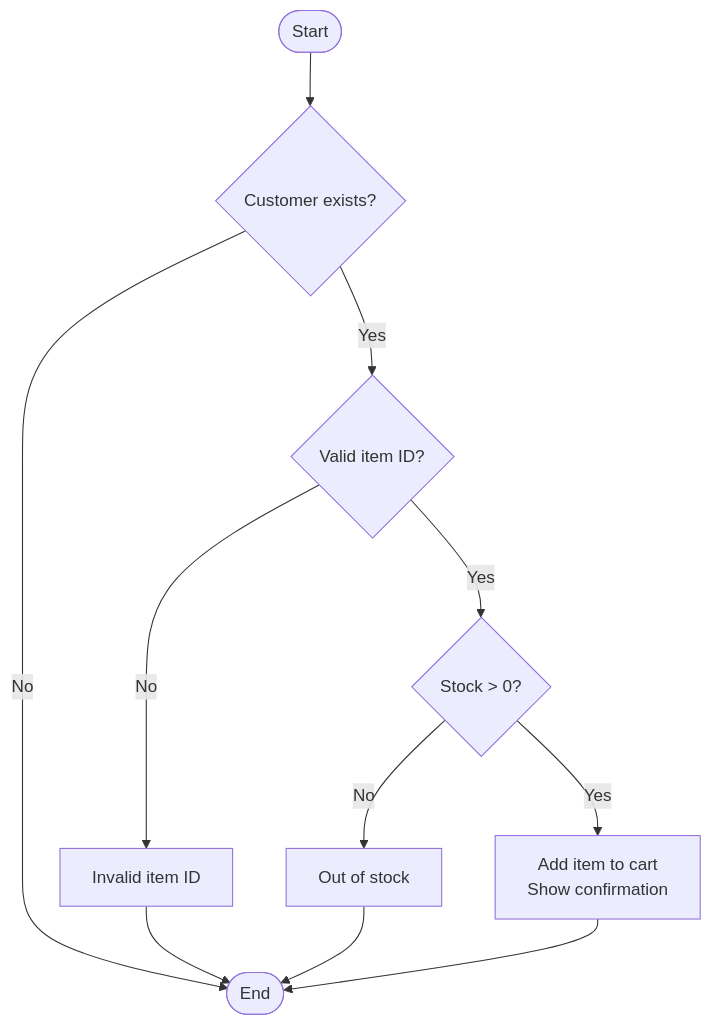
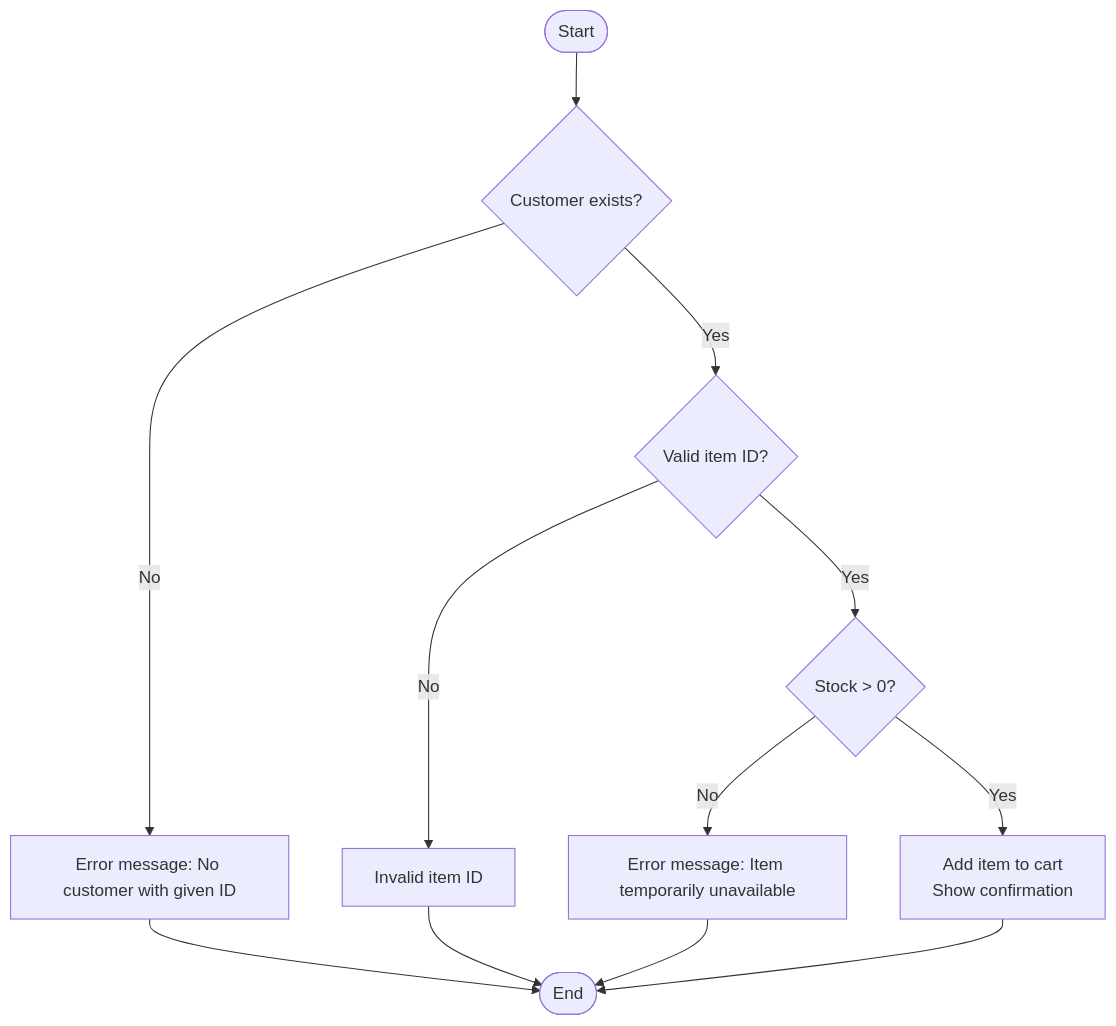
Before and after one commit to sutkucanverdi/SENG271-project: the diagram in activityAddToCart.mmd, drawn with Mermaid.

Commit message:
Update flowchart for add to cart process

```diff
--- a/activityAddToCart.mmd
+++ b/activityAddToCart.mmd
@@ -1,22 +1,25 @@
 flowchart TD
     Start([Start])
 
     CheckCustomer{Customer exists?}
+    FailCustomer[Error message: No customer with given ID]
+
     CheckItem{Valid item ID?}
     CheckStock{Stock > 0?}
 
-    AddToCart[Add item to cart\nShow confirmation]
+    AddToCart[Add item to cart 
+Show confirmation]
     FailItem[Invalid item ID]
-    FailStock[Out of stock]
+    FailStock[Error message: Item temporarily unavailable]
 
     End([End])
 
     Start --> CheckCustomer
-    CheckCustomer -->|No| End
+    CheckCustomer -->|No| FailCustomer --> End
     CheckCustomer -->|Yes| CheckItem
 
     CheckItem -->|No| FailItem --> End
     CheckItem -->|Yes| CheckStock
 
     CheckStock -->|No| FailStock --> End
     CheckStock -->|Yes| AddToCart --> End
```
